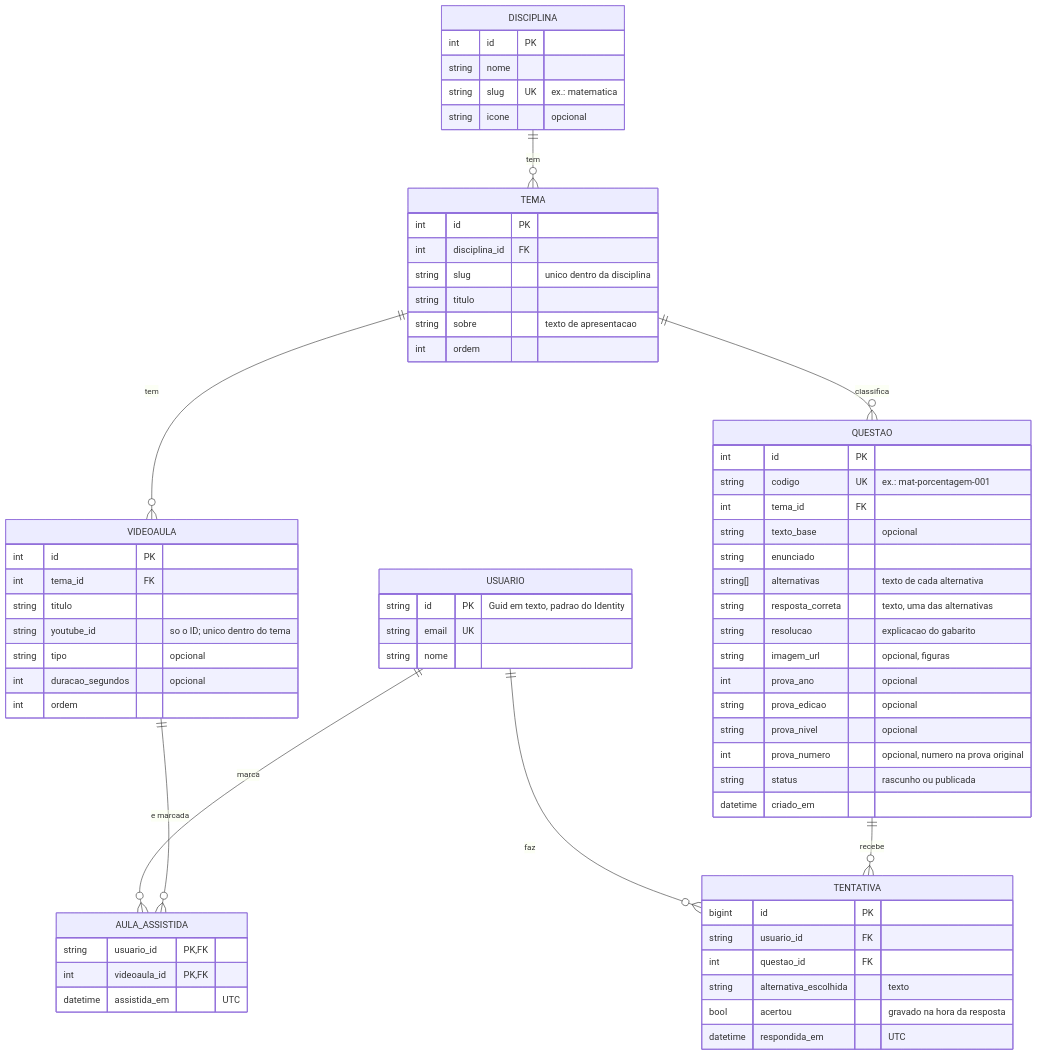
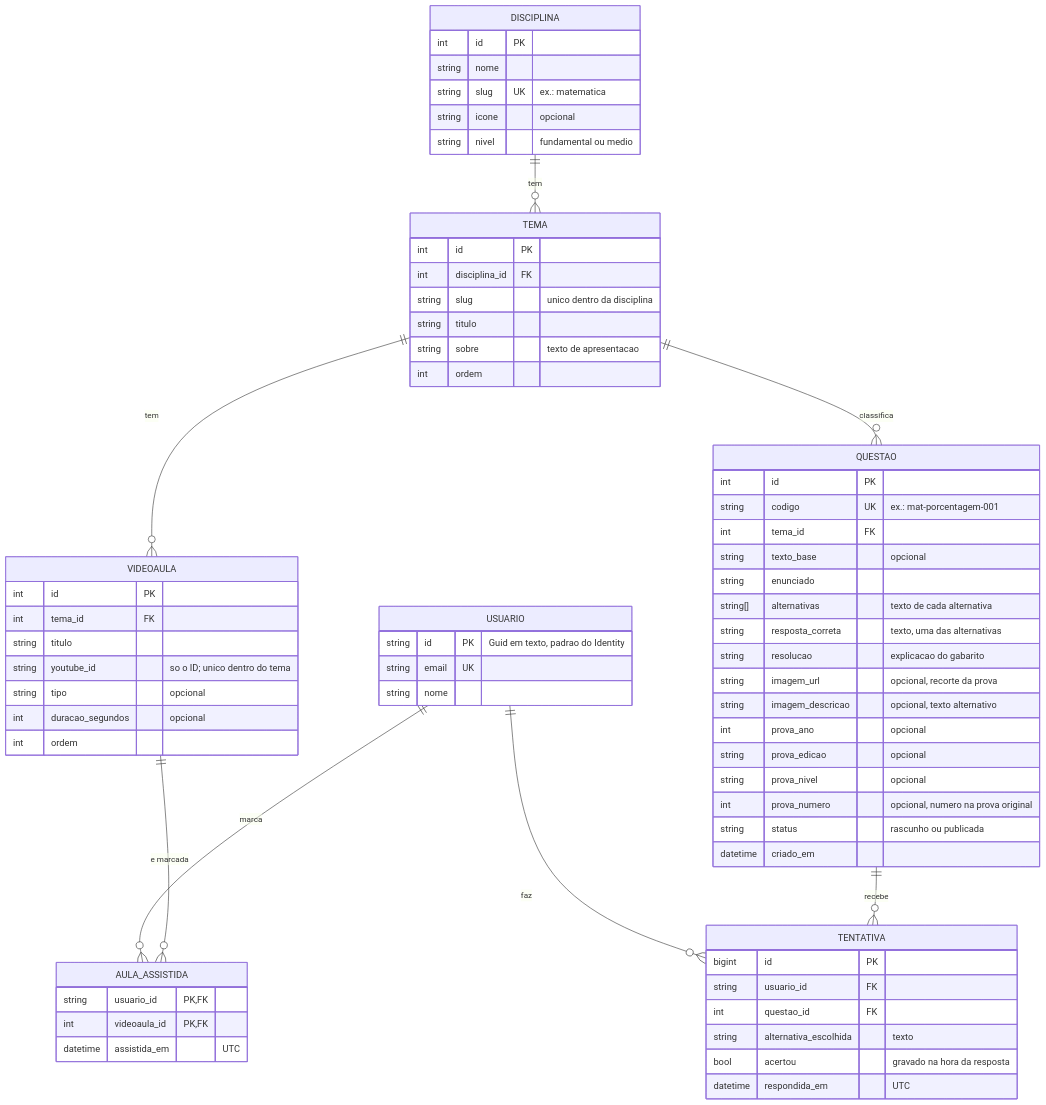
The diagram in backend/DatabaseDocs/ModelodeDados.md (IsabellaValim/upx6-projeto), drawn with Mermaid before and after one commit. The commit also changed other lines of this file and 18 other files, not shown here.

````diff
--- a/backend/DatabaseDocs/ModelodeDados.md
+++ b/backend/DatabaseDocs/ModelodeDados.md
@@ -32,75 +33,77 @@
 ```mermaid
 erDiagram
     DISCIPLINA ||--o{ TEMA : "tem"
     TEMA ||--o{ VIDEOAULA : "tem"
     TEMA ||--o{ QUESTAO : "classifica"
     USUARIO ||--o{ TENTATIVA : "faz"
     QUESTAO ||--o{ TENTATIVA : "recebe"
     USUARIO ||--o{ AULA_ASSISTIDA : "marca"
     VIDEOAULA ||--o{ AULA_ASSISTIDA : "e marcada"
 
     DISCIPLINA {
         int id PK
         string nome
         string slug UK "ex.: matematica"
         string icone "opcional"
+        string nivel "fundamental ou medio"
     }
 
     TEMA {
         int id PK
         int disciplina_id FK
         string slug "unico dentro da disciplina"
         string titulo
         string sobre "texto de apresentacao"
         int ordem
     }
 
     VIDEOAULA {
         int id PK
         int tema_id FK
         string titulo
         string youtube_id "so o ID; unico dentro do tema"
         string tipo "opcional"
         int duracao_segundos "opcional"
         int ordem
     }
 
     QUESTAO {
         int id PK
         string codigo UK "ex.: mat-porcentagem-001"
         int tema_id FK
         string texto_base "opcional"
         string enunciado
         string[] alternativas "texto de cada alternativa"
         string resposta_correta "texto, uma das alternativas"
         string resolucao "explicacao do gabarito"
-        string imagem_url "opcional, figuras"
+        string imagem_url "opcional, recorte da prova"
+        string imagem_descricao "opcional, texto alternativo"
         int prova_ano "opcional"
         string prova_edicao "opcional"
         string prova_nivel "opcional"
         int prova_numero "opcional, numero na prova original"
         string status "rascunho ou publicada"
         datetime criado_em
     }
 
     USUARIO {
         string id PK "Guid em texto, padrao do Identity"
         string email UK
         string nome
     }
 
     TENTATIVA {
         bigint id PK
         string usuario_id FK
         int questao_id FK
         string alternativa_escolhida "texto"
         bool acertou "gravado na hora da resposta"
         datetime respondida_em "UTC"
     }
 
     AULA_ASSISTIDA {
         string usuario_id PK, FK
         int videoaula_id PK, FK
         datetime assistida_em "UTC"
     }
 ```
````
